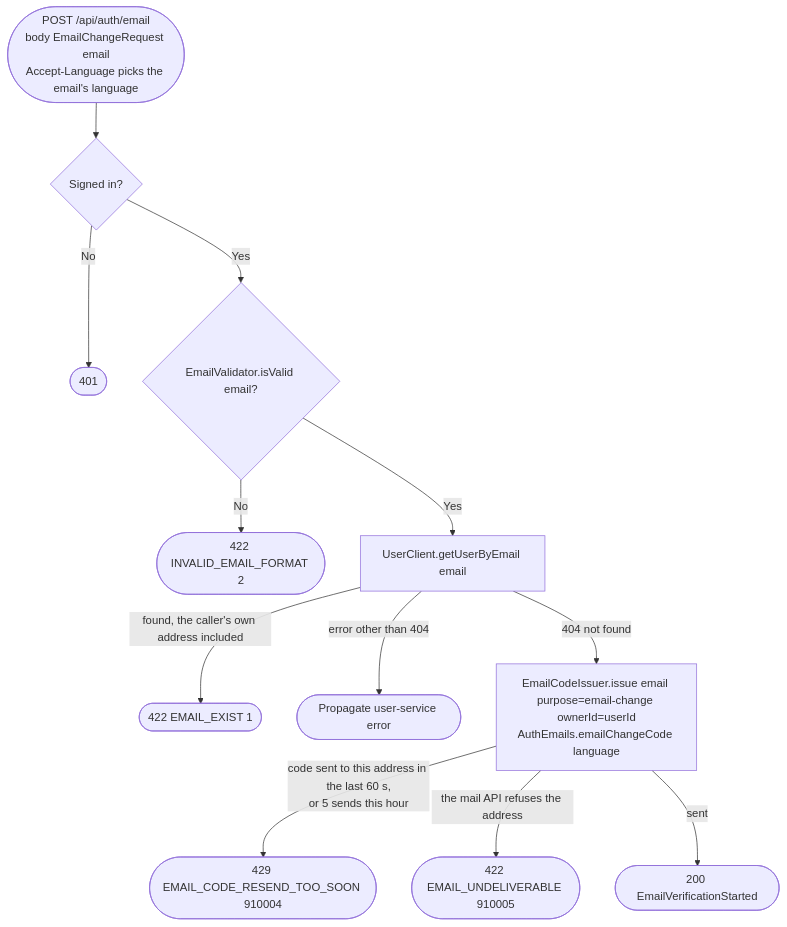
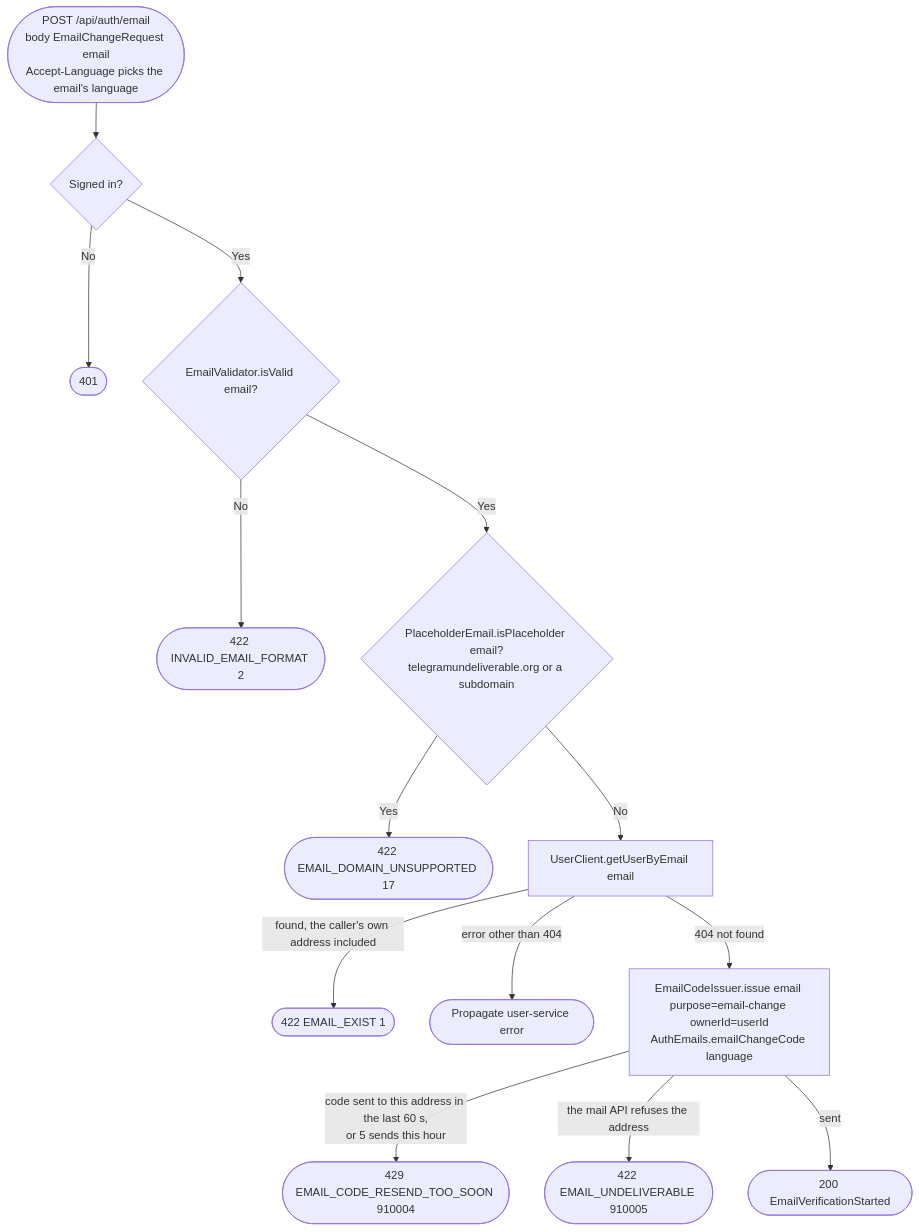
One commit to nocturneproperties/bookkme changed the diagram in docs/operations/authorization/start-email-change.md. Above: the diagram before and after it, drawn with Mermaid. The commit also changed other lines of this file and 19 other files, not shown here.

````diff
--- a/docs/operations/authorization/start-email-change.md
+++ b/docs/operations/authorization/start-email-change.md
@@ -11,14 +11,16 @@
 ```mermaid
 flowchart TD
     Start([POST /api/auth/email<br/>body EmailChangeRequest email<br/>Accept-Language picks the email's language]) --> Auth{Signed in?}
     Auth -- No --> R401([401])
     Auth -- Yes --> EmailFormat{EmailValidator.isValid email?}
     EmailFormat -- No --> R422a([422 INVALID_EMAIL_FORMAT 2])
-    EmailFormat -- Yes --> LookupUser[UserClient.getUserByEmail email]
+    EmailFormat -- Yes --> Placeholder{PlaceholderEmail.isPlaceholder email?<br/>telegramundeliverable.org or a subdomain}
+    Placeholder -- Yes --> R422d([422 EMAIL_DOMAIN_UNSUPPORTED 17])
+    Placeholder -- No --> LookupUser[UserClient.getUserByEmail email]
     LookupUser -- found, the caller's own address included --> R422b([422 EMAIL_EXIST 1])
     LookupUser -- error other than 404 --> RErr([Propagate user-service error])
     LookupUser -- 404 not found --> Issue[EmailCodeIssuer.issue email purpose=email-change ownerId=userId<br/>AuthEmails.emailChangeCode language]
     Issue -- code sent to this address in the last 60 s,<br/>or 5 sends this hour --> R429([429 EMAIL_CODE_RESEND_TOO_SOON 910004])
     Issue -- the mail API refuses the address --> R422c([422 EMAIL_UNDELIVERABLE 910005])
     Issue -- sent --> R200([200 EmailVerificationStarted])
 ```
````
